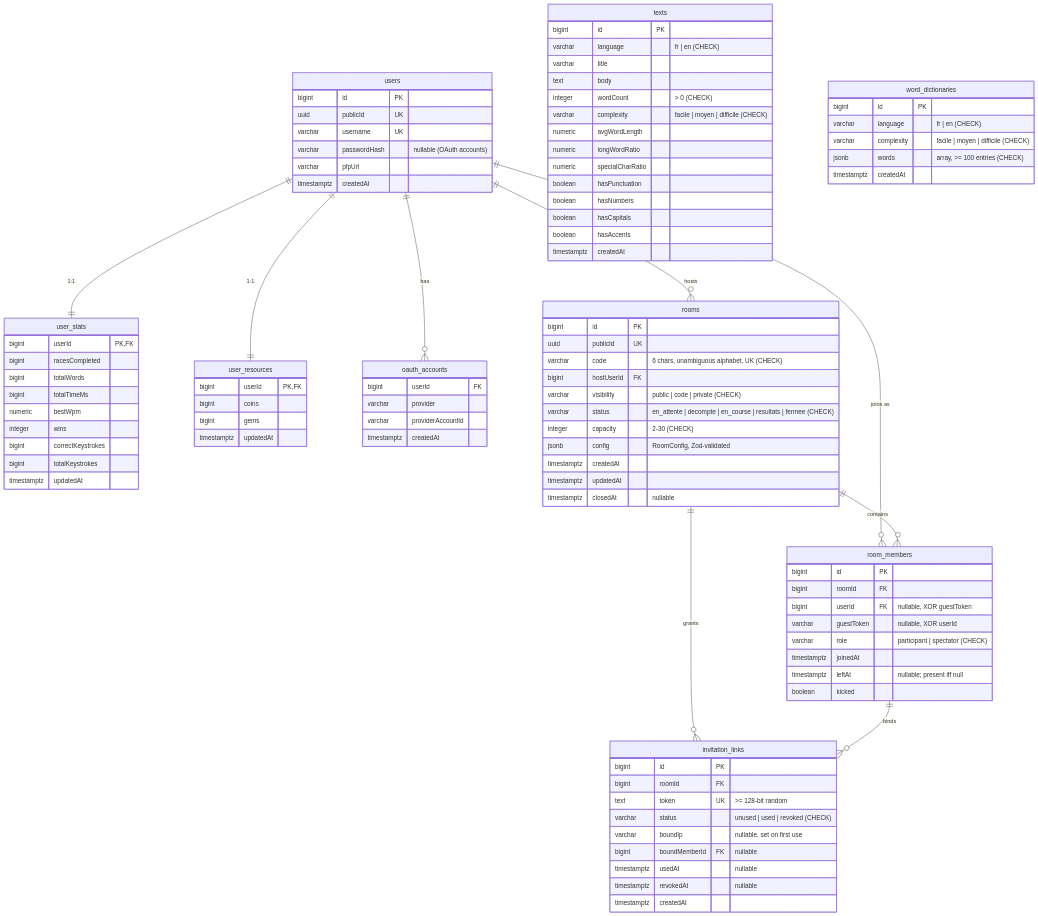
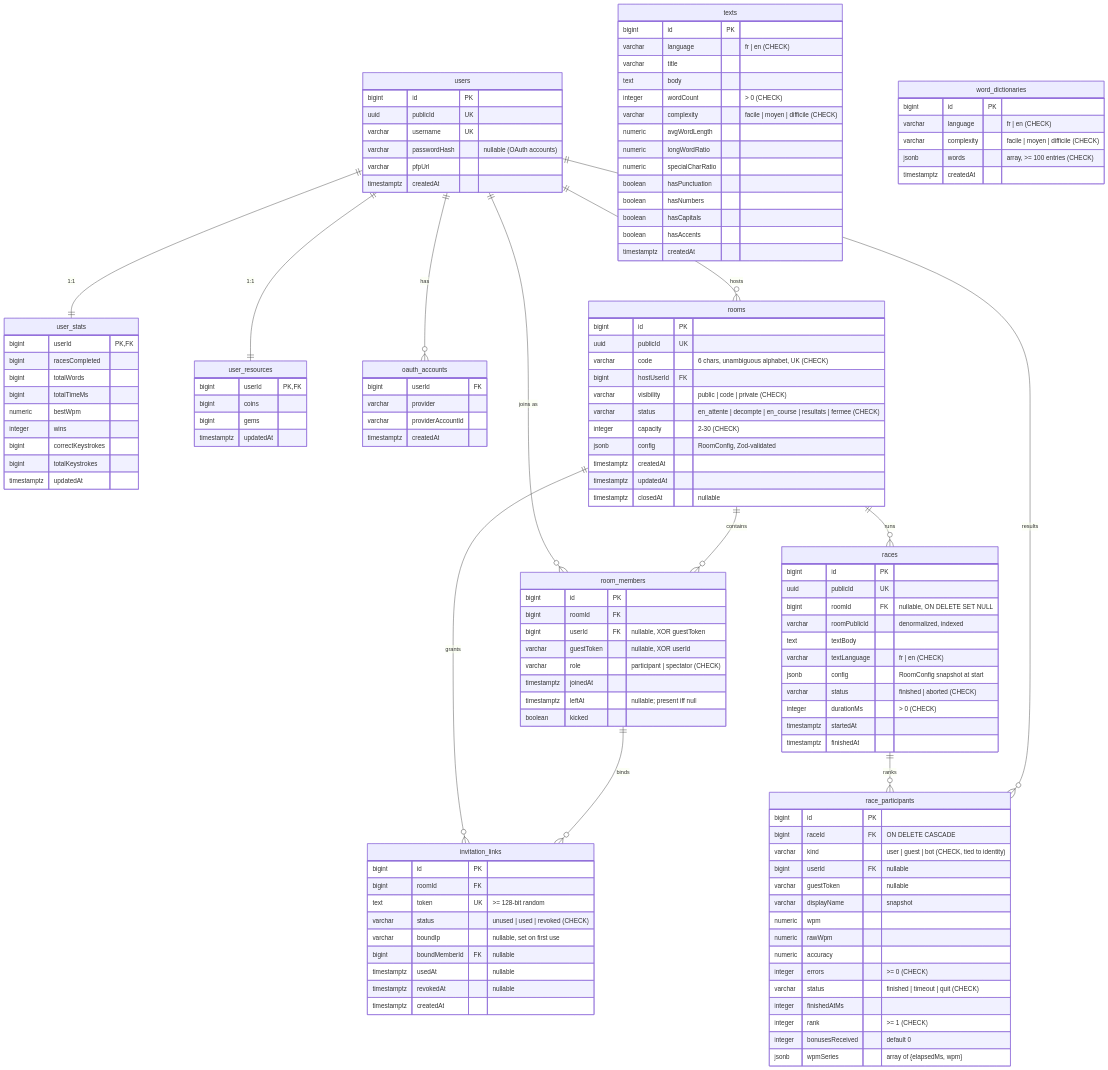
One commit to Extrajulien/dwarven-scriptures changed the first of 7 diagrams in doc/ARCHITECTURE.md. Above: the diagram before and after it, drawn with Mermaid. The commit also changed other lines of this file and 2 other files, not shown here.

````diff
--- a/doc/ARCHITECTURE.md
+++ b/doc/ARCHITECTURE.md
@@ -137,6 +140,36 @@
         timestamptz revokedAt "nullable"
         timestamptz createdAt
     }
+    races {
+        bigint id PK
+        uuid publicId UK
+        bigint roomId FK "nullable, ON DELETE SET NULL"
+        varchar roomPublicId "denormalized, indexed"
+        text textBody
+        varchar textLanguage "fr | en (CHECK)"
+        jsonb config "RoomConfig snapshot at start"
+        varchar status "finished | aborted (CHECK)"
+        integer durationMs "> 0 (CHECK)"
+        timestamptz startedAt
+        timestamptz finishedAt
+    }
+    race_participants {
+        bigint id PK
+        bigint raceId FK "ON DELETE CASCADE"
+        varchar kind "user | guest | bot (CHECK, tied to identity)"
+        bigint userId FK "nullable"
+        varchar guestToken "nullable"
+        varchar displayName "snapshot"
+        numeric wpm
+        numeric rawWpm
+        numeric accuracy
+        integer errors ">= 0 (CHECK)"
+        varchar status "finished | timeout | quit (CHECK)"
+        integer finishedAtMs
+        integer rank ">= 1 (CHECK)"
+        integer bonusesReceived "default 0"
+        jsonb wpmSeries "array of {elapsedMs, wpm}"
+    }
     users ||--|| user_stats : "1:1"
     users ||--|| user_resources : "1:1"
     users ||--o{ oauth_accounts : "has"
@@ -145,4 +178,7 @@
     rooms ||--o{ room_members : "contains"
     rooms ||--o{ invitation_links : "grants"
     room_members ||--o{ invitation_links : "binds"
+    rooms ||--o{ races : "runs"
+    races ||--o{ race_participants : "ranks"
+    users ||--o{ race_participants : "results"
 ```
````
